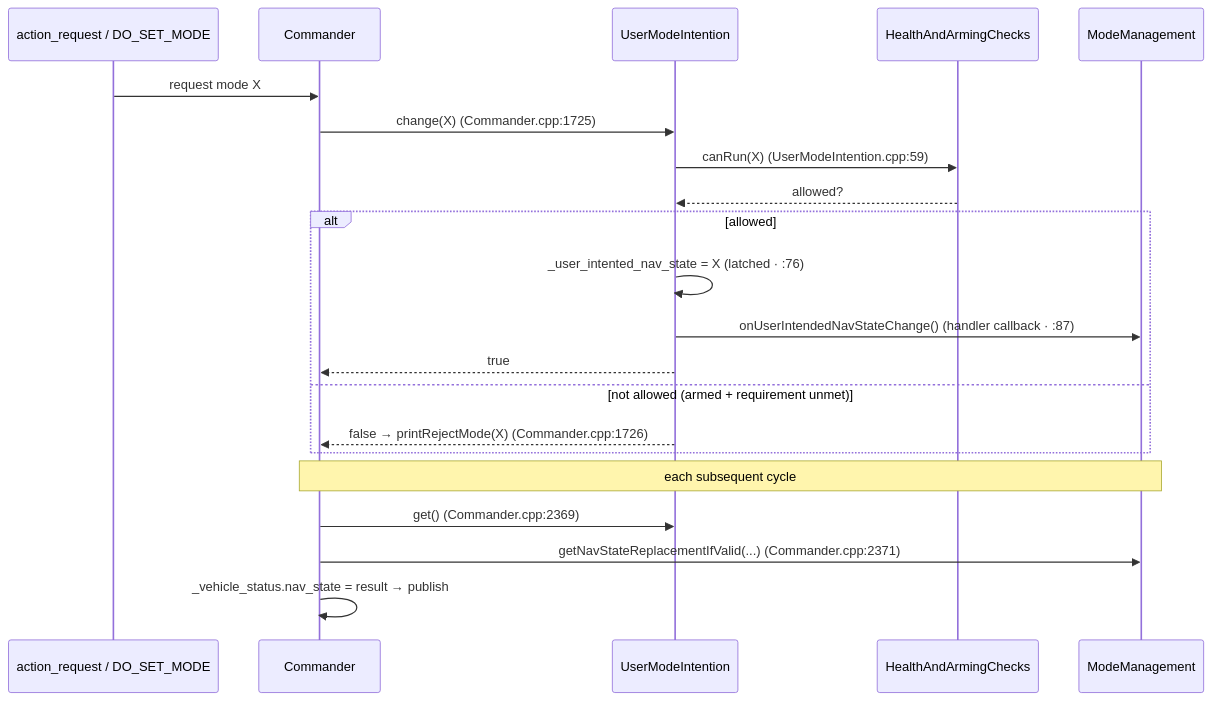
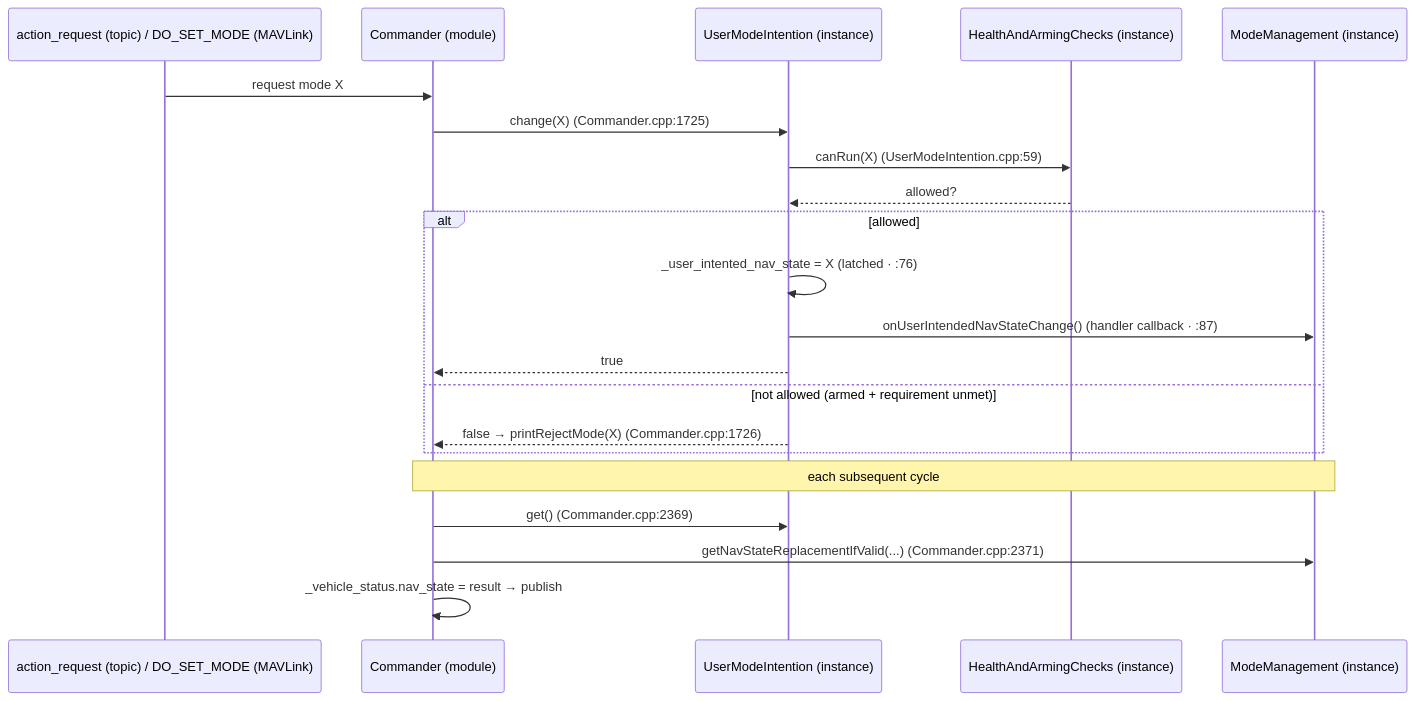
Before and after one commit to ubicoders/PX4-Autopilot: the fourth of 4 diagrams in commander.md, drawn with Mermaid. The commit also changed other lines of this file and 2 other files, not shown here.

````diff
--- a/commander.md
+++ b/commander.md
@@ -175,24 +285,24 @@
 ```mermaid
 sequenceDiagram
-    participant REQ as action_request / DO_SET_MODE
-    participant CMD as Commander
-    participant UMI as UserModeIntention
-    participant HAC as HealthAndArmingChecks
-    participant MM as ModeManagement
+    participant REQ as action_request (topic) / DO_SET_MODE (MAVLink)
+    participant CMD as Commander (module)
+    participant UMI as UserModeIntention (instance)
+    participant HAC as HealthAndArmingChecks (instance)
+    participant MM as ModeManagement (instance)
 
     REQ->>CMD: request mode X
     CMD->>UMI: change(X)                         (Commander.cpp:1725)
     UMI->>HAC: canRun(X)                         (UserModeIntention.cpp:59)
     HAC-->>UMI: allowed?
     alt allowed
         UMI->>UMI: _user_intented_nav_state = X  (latched · :76)
         UMI->>MM: onUserIntendedNavStateChange()  (handler callback · :87)
         UMI-->>CMD: true
     else not allowed (armed + requirement unmet)
         UMI-->>CMD: false → printRejectMode(X)    (Commander.cpp:1726)
     end
     Note over CMD,MM: each subsequent cycle
     CMD->>UMI: get()                              (Commander.cpp:2369)
     CMD->>MM: getNavStateReplacementIfValid(...)  (Commander.cpp:2371)
     CMD->>CMD: _vehicle_status.nav_state = result → publish
 ```
````
